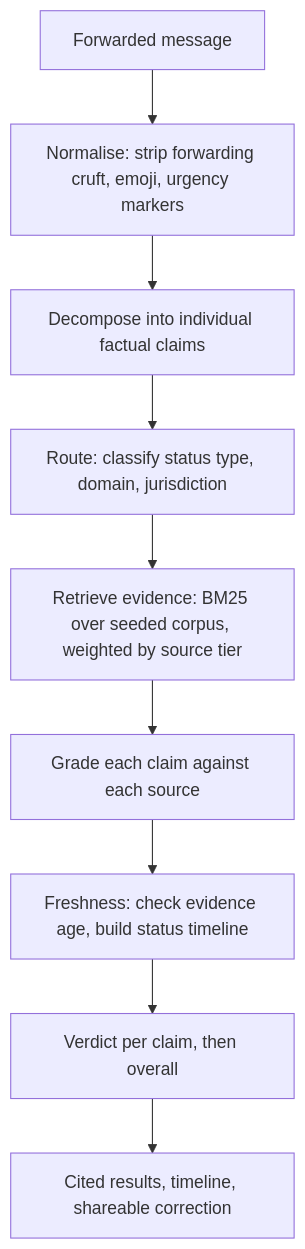
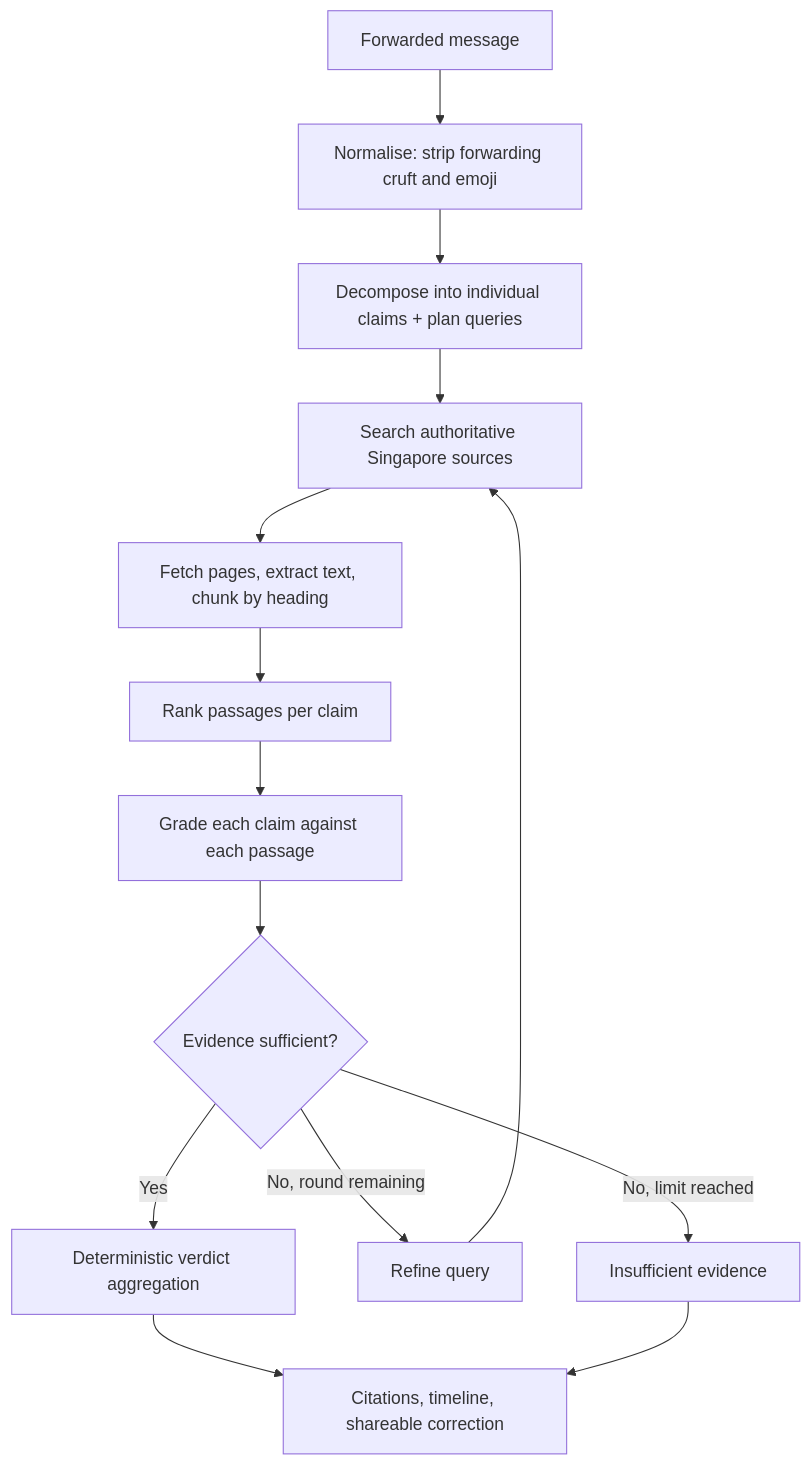
The diagram in README.md (yijiechong13/forwardcheck), drawn with Mermaid before and after one commit. The commit also changed other lines of this file and 28 other files, not shown here.

````diff
--- a/README.md
+++ b/README.md
@@ -71,11 +76,16 @@
 ```mermaid
 flowchart TD
-    A["Forwarded message"] --> B["Normalise: strip forwarding cruft, emoji, urgency markers"]
-    B --> C["Decompose into individual factual claims"]
-    C --> D["Route: classify status type, domain, jurisdiction"]
-    D --> E["Retrieve evidence: BM25 over seeded corpus, weighted by source tier"]
-    E --> F["Grade each claim against each source"]
-    F --> G["Freshness: check evidence age, build status timeline"]
-    G --> H["Verdict per claim, then overall"]
-    H --> I["Cited results, timeline, shareable correction"]
+    A["Forwarded message"] --> B["Normalise: strip forwarding cruft and emoji"]
+    B --> C["Decompose into individual claims + plan queries"]
+    C --> D["Search authoritative Singapore sources"]
+    D --> E["Fetch pages, extract text, chunk by heading"]
+    E --> F["Rank passages per claim"]
+    F --> G["Grade each claim against each passage"]
+    G --> H{"Evidence sufficient?"}
+    H -- "Yes" --> I["Deterministic verdict aggregation"]
+    H -- "No, round remaining" --> J["Refine query"]
+    J --> D
+    H -- "No, limit reached" --> K["Insufficient evidence"]
+    I --> L["Citations, timeline, shareable correction"]
+    K --> L
 ```
````
